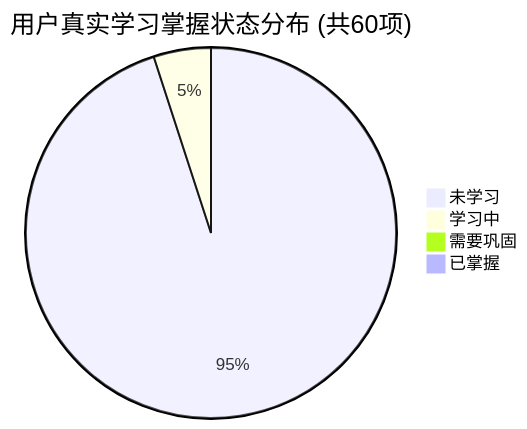
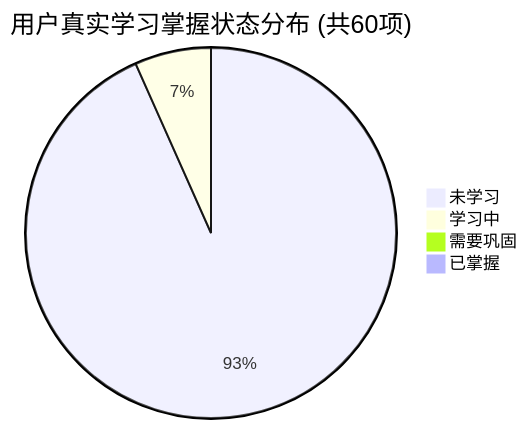
Before and after one commit to tieke1121/tech-interview-knowledge-base: the first of 2 diagrams in PROGRESS.md, drawn with Mermaid. The commit also changed other lines of this file and 1 other file, not shown here.

````diff
--- a/PROGRESS.md
+++ b/PROGRESS.md
@@ -27,7 +27,7 @@
 ```mermaid
 pie title 用户真实学习掌握状态分布 (共60项)
-    "未学习" : 57
-    "学习中" : 3
+    "未学习" : 56
+    "学习中" : 4
     "需要巩固" : 0
     "已掌握" : 0
 ```
````
